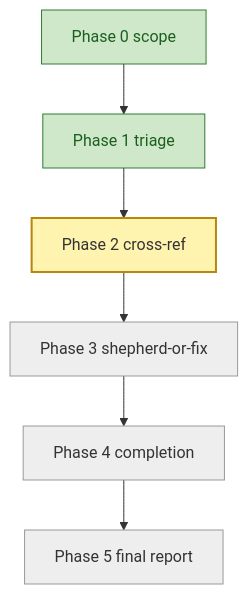
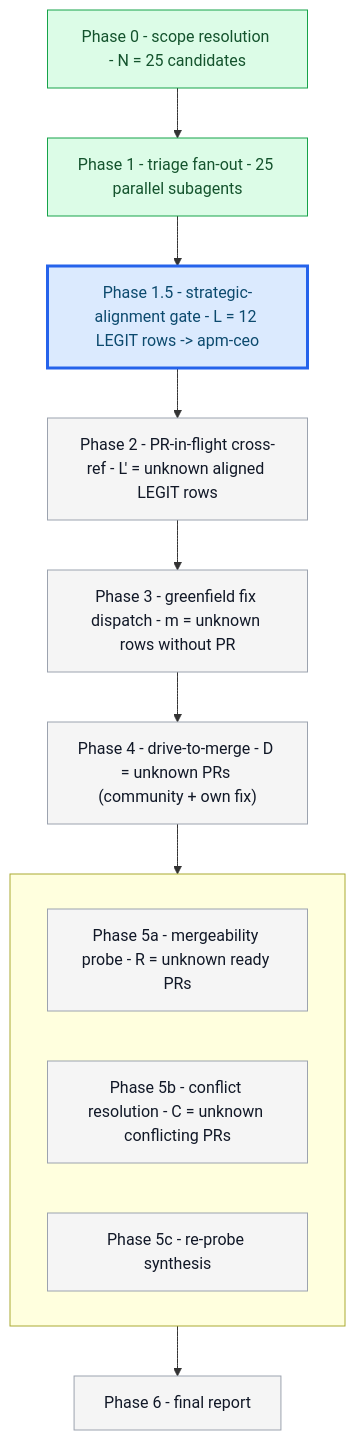
The third of 8 diagrams in packages/batch-bug-shepherd/.apm/skills/batch-bug-shepherd/evals/fixtures/sweep-bug-queue.with_skill.md (microsoft/apm), drawn with Mermaid before and after one commit. The commit also changed other lines of this file and 112 other files, not shown here.

````diff
--- a/packages/batch-bug-shepherd/.apm/skills/batch-bug-shepherd/evals/fixtures/sweep-bug-queue.with_skill.md
+++ b/packages/batch-bug-shepherd/.apm/skills/batch-bug-shepherd/evals/fixtures/sweep-bug-queue.with_skill.md
@@ -96,15 +113,26 @@
 ```mermaid
 flowchart TB
-    P0[Phase 0 scope]:::done
-    P1[Phase 1 triage]:::done
-    P2[Phase 2 cross-ref]:::active
-    P3[Phase 3 shepherd-or-fix]:::pending
-    P4[Phase 4 completion]:::pending
-    P5[Phase 5 final report]:::pending
-    P0 --> P1 --> P2 --> P3 --> P4 --> P5
-    classDef pending fill:#eee,stroke:#999,color:#333
-    classDef active  fill:#fff3b0,stroke:#b8860b,color:#333,stroke-width:2px
-    classDef done    fill:#cfe8c9,stroke:#2e7d32,color:#1b5e20
-    classDef blocked fill:#f8c7c7,stroke:#b71c1c,color:#7f0000
-    classDef skipped fill:#f0f0f0,stroke:#bbb,color:#888,stroke-dasharray:3 3
+    P0["Phase 0 - scope resolution - N = 25 candidates"]:::done
+    P1["Phase 1 - triage fan-out - 25 parallel subagents"]:::done
+    P15["Phase 1.5 - strategic-alignment gate - L = 12 LEGIT rows -> apm-ceo"]:::active
+    P2["Phase 2 - PR-in-flight cross-ref - L' = unknown aligned LEGIT rows"]:::pending
+    P3["Phase 3 - greenfield fix dispatch - m = unknown rows without PR"]:::pending
+    P4["Phase 4 - drive-to-merge - D = unknown PRs (community + own fix)"]:::pending
+
+    subgraph WAVE4[" "]
+        direction LR
+        P5a["Phase 5a - mergeability probe - R = unknown ready PRs"]:::pending
+        P5b["Phase 5b - conflict resolution - C = unknown conflicting PRs"]:::pending
+        P5c["Phase 5c - re-probe synthesis"]:::pending
+    end
+
+    P6["Phase 6 - final report"]:::pending
+
+    P0 --> P1 --> P15 --> P2 --> P3 --> P4 --> WAVE4 --> P6
+
+    classDef pending fill:#f5f5f5,stroke:#9ca3af,stroke-width:1px,color:#111827
+    classDef active  fill:#dbeafe,stroke:#2563eb,stroke-width:3px,color:#0c4a6e
+    classDef done    fill:#dcfce7,stroke:#16a34a,stroke-width:1px,color:#14532d
+    classDef blocked fill:#fef3c7,stroke:#d97706,stroke-width:2px,color:#78350f
+    classDef skipped fill:#f3f4f6,stroke:#6b7280,stroke-width:1px,stroke-dasharray:4 2,color:#374151
 ```
````
